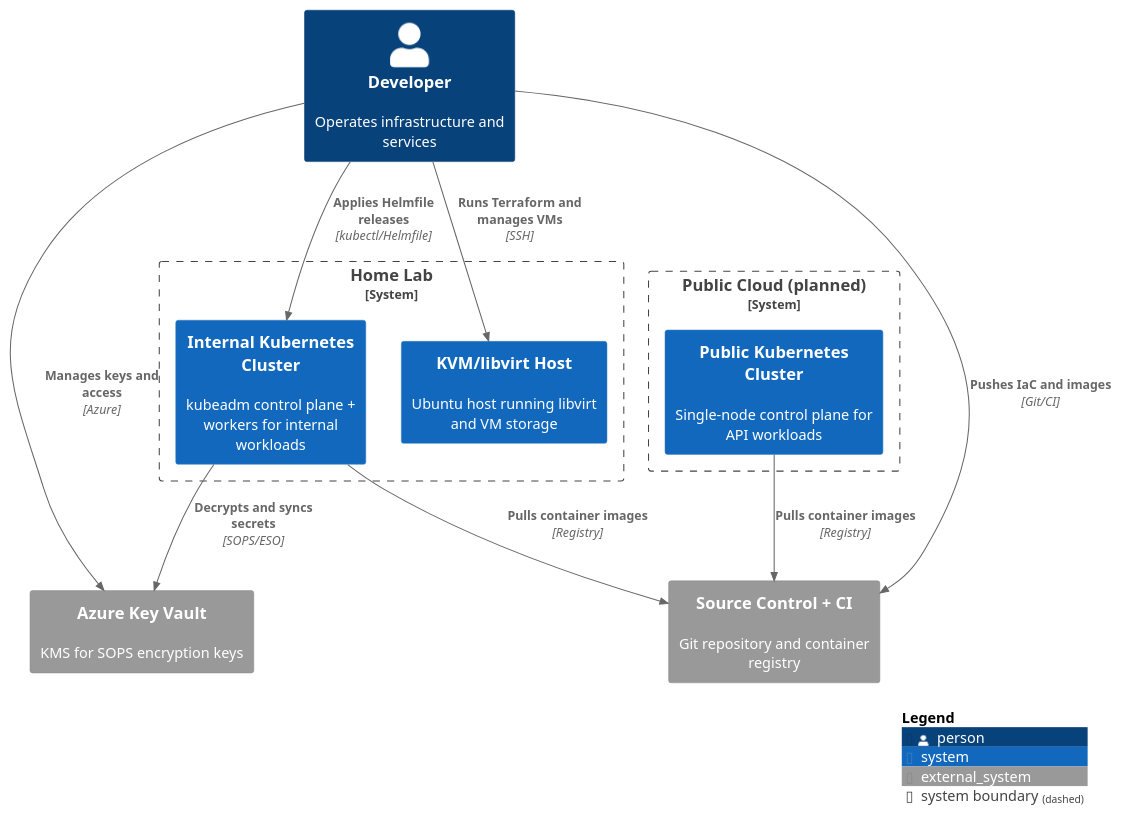
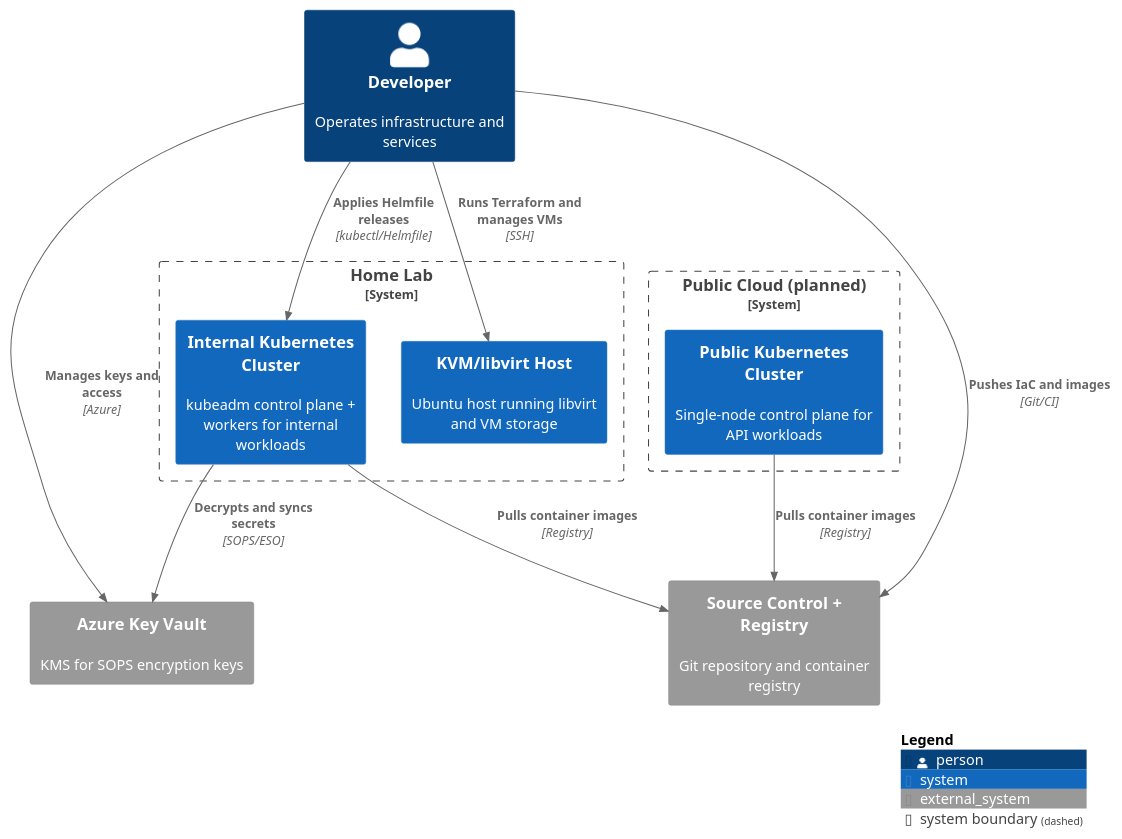
One commit to AntonMiniazev/bohr_project changed the diagram in docs/diagrams/context.puml. Above: the diagram before and after it, drawn with PlantUML. The commit also changed 5 other files, not shown here.

```diff
--- a/docs/diagrams/context.puml
+++ b/docs/diagrams/context.puml
@@ -1,29 +1,29 @@
 @startuml Context
 !includeurl https://raw.githubusercontent.com/plantuml-stdlib/C4-PlantUML/master/C4_Context.puml
 LAYOUT_WITH_LEGEND()
 HIDE_STEREOTYPE()
 
 Person(dev, "Developer", "Operates infrastructure and services")
 
-System_Ext(git, "Source Control + CI", "Git repository and container registry")
+System_Ext(git, "Source Control + Registry", "Git repository and container registry")
 System_Ext(keyvault, "Azure Key Vault", "KMS for SOPS encryption keys")
 
 System_Boundary(home, "Home Lab") {
     System(kvm, "KVM/libvirt Host", "Ubuntu host running libvirt and VM storage")
     System(homek8s, "Internal Kubernetes Cluster", "kubeadm control plane + workers for internal workloads")
 }
 
 System_Boundary(cloud, "Public Cloud (planned)") {
     System(apik8s, "Public Kubernetes Cluster", "Single-node control plane for API workloads")
 }
 
 Rel(dev, git, "Pushes IaC and images", "Git/CI")
 Rel(dev, kvm, "Runs Terraform and manages VMs", "SSH")
 Rel(dev, homek8s, "Applies Helmfile releases", "kubectl/Helmfile")
 Rel(dev, keyvault, "Manages keys and access", "Azure")
 Rel(homek8s, keyvault, "Decrypts and syncs secrets", "SOPS/ESO")
 Rel(homek8s, git, "Pulls container images", "Registry")
 Rel(apik8s, git, "Pulls container images", "Registry")
 
 SHOW_LEGEND()
 @enduml
```
